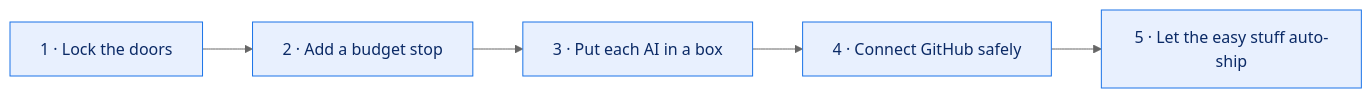
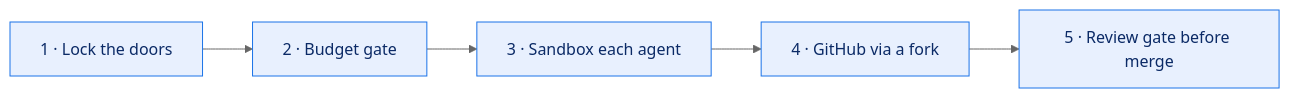
One commit to hamadsec/paperclip-ai-company changed the first of 2 diagrams in docs/BUILD-YOUR-OWN.md. Above: the diagram before and after it, drawn with Mermaid (neutral theme). The commit also changed other lines of this file and 6 other files, not shown here.

First line of the commit message:
Refresh for the finished, proven company; executable build-your-own guide; cleaner Mermaid diagrams

````diff
--- a/docs/BUILD-YOUR-OWN.md
+++ b/docs/BUILD-YOUR-OWN.md
@@ -23,10 +17,9 @@
 ```mermaid
 flowchart LR
-    A["1 · Lock the doors"] --> B["2 · Add a budget stop"]
-    B --> C["3 · Put each AI in a box"]
-    C --> D["4 · Connect GitHub safely"]
-    D --> E["5 · Let the easy stuff auto-ship"]
-
+    A["1 · Lock the doors"] --> B["2 · Budget gate"]
+    B --> C["3 · Sandbox each agent"]
+    C --> D["4 · GitHub via a fork"]
+    D --> E["5 · Review gate before merge"]
     classDef s fill:#e8f0fe,stroke:#1a73e8,color:#0b2a66;
     class A,B,C,D,E s;
 ```
````
